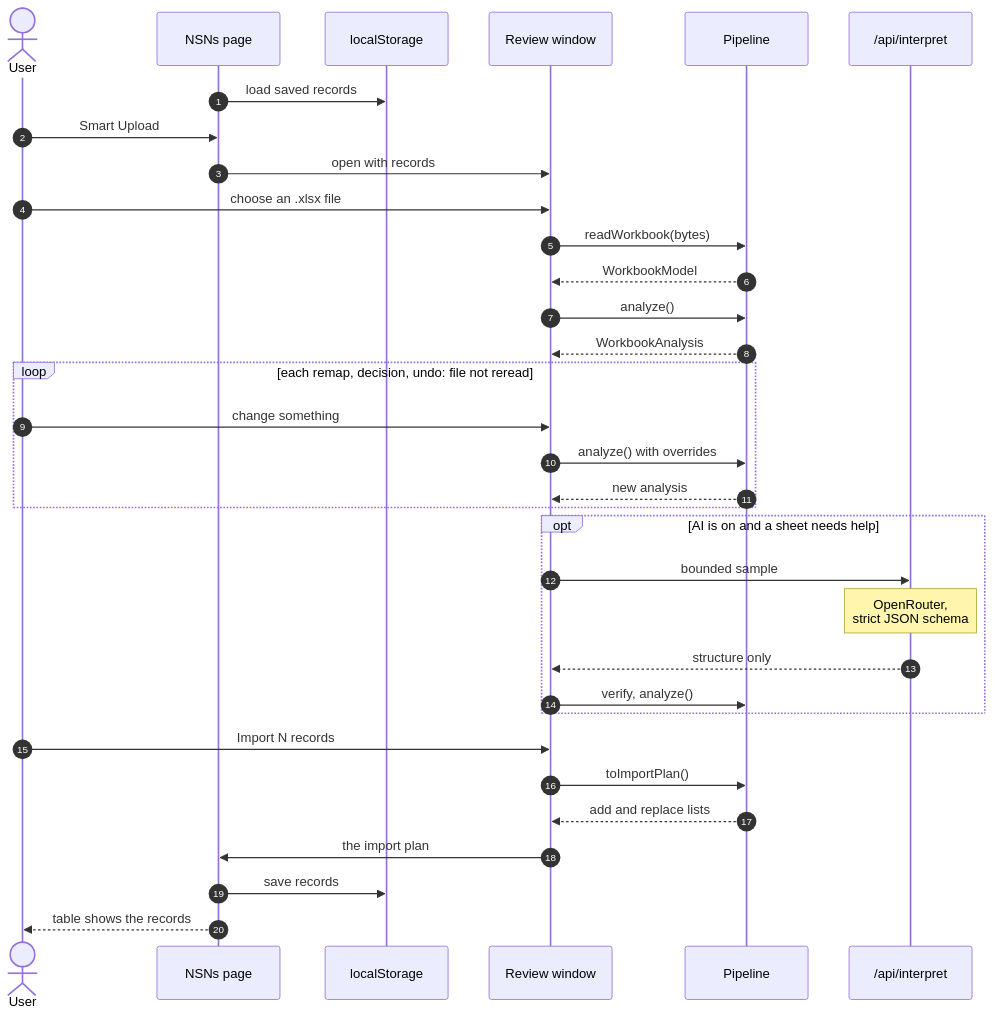
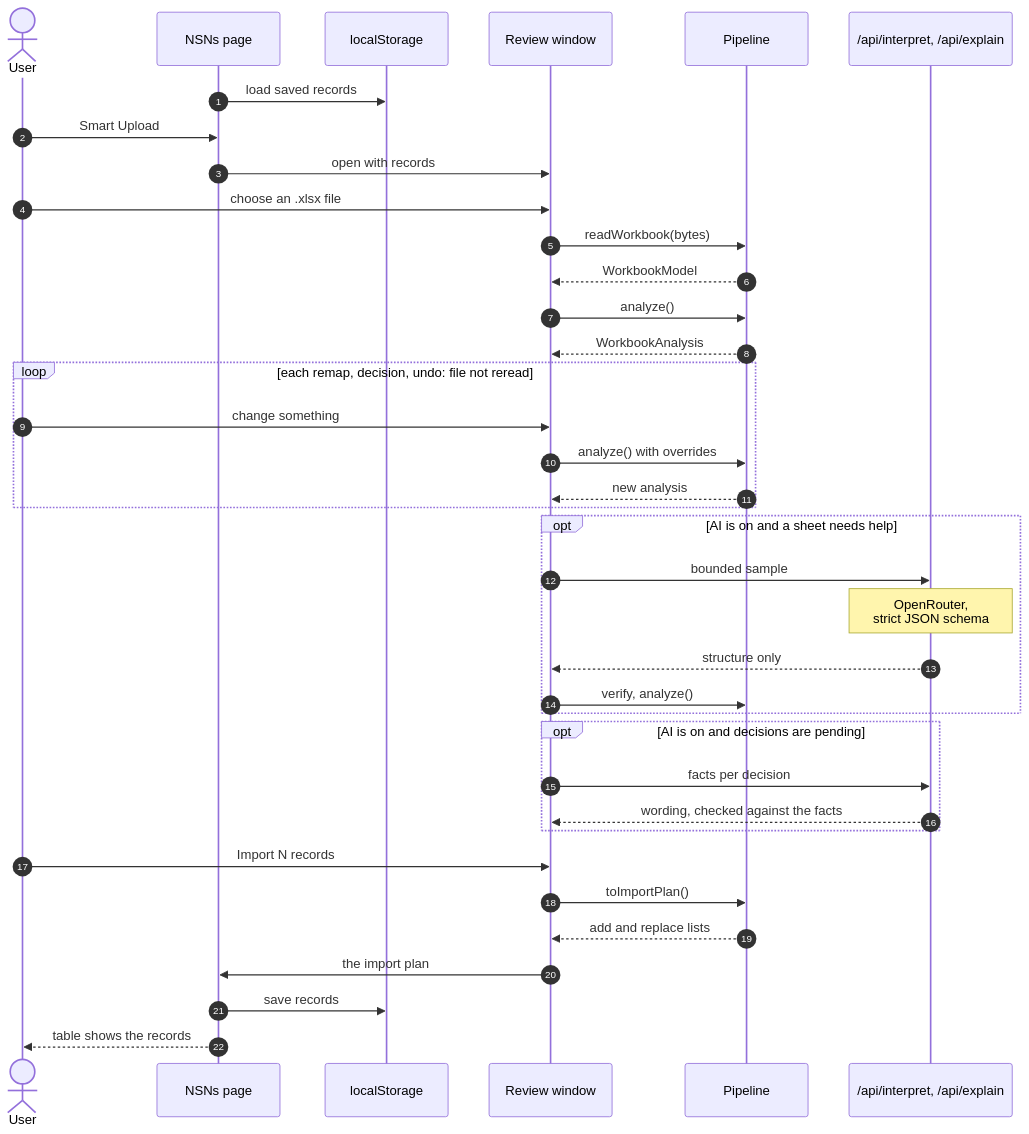
Before and after one commit to PakmanGames/nsn-upload: the second of 2 diagrams in docs/ARCHITECTURE.md, drawn with Mermaid. The commit also changed other lines of this file and 3 other files, not shown here.

````diff
--- a/docs/ARCHITECTURE.md
+++ b/docs/ARCHITECTURE.md
@@ -103,36 +104,40 @@
 ```mermaid
 sequenceDiagram
     autonumber
     actor U as User
     participant P as NSNs page
     participant S as localStorage
     participant W as Review window
     participant E as Pipeline
-    participant R as /api/interpret
+    participant R as /api/interpret, /api/explain
 
     P->>S: load saved records
     U->>P: Smart Upload
     P->>W: open with records
     U->>W: choose an .xlsx file
     W->>E: readWorkbook(bytes)
     E-->>W: WorkbookModel
     W->>E: analyze()
     E-->>W: WorkbookAnalysis
     loop each remap, decision, undo: file not reread
         U->>W: change something
         W->>E: analyze() with overrides
         E-->>W: new analysis
     end
     opt AI is on and a sheet needs help
         W->>R: bounded sample
         Note over R: OpenRouter,<br/>strict JSON schema
         R-->>W: structure only
         W->>E: verify, analyze()
     end
+    opt AI is on and decisions are pending
+        W->>R: facts per decision
+        R-->>W: wording, checked against the facts
+    end
     U->>W: Import N records
     W->>E: toImportPlan()
     E-->>W: add and replace lists
     W->>P: the import plan
     P->>S: save records
     P-->>U: table shows the records
 ```
````
